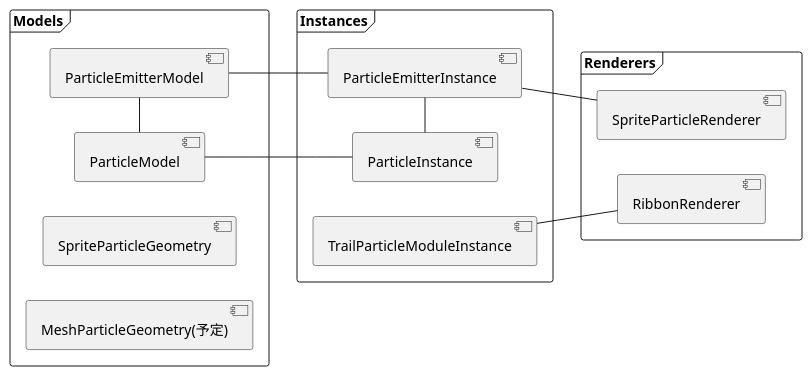
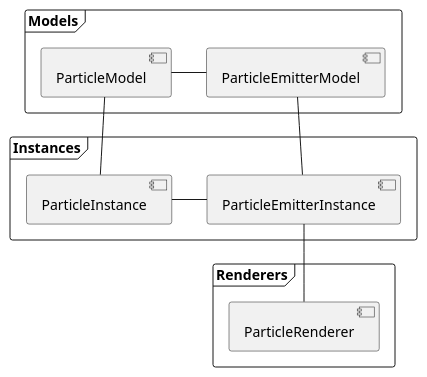
The diagram in src/LuminoEngine/src/Effect/README.md (LuminoEngine/Lumino), drawn with PlantUML before and after one commit.

````diff
--- a/src/LuminoEngine/src/Effect/README.md
+++ b/src/LuminoEngine/src/Effect/README.md
@@ -4,26 +4,19 @@
 ```plantuml
-left to right direction
-
 frame "Models" {
     [ParticleModel]
     [ParticleEmitterModel]
-    [SpriteParticleGeometry]
-    [MeshParticleGeometry(予定)]
 }
 frame "Instances" {
     [ParticleEmitterInstance]
     [ParticleInstance]
-    [TrailParticleModuleInstance]
 }
 frame "Renderers" {
-    [SpriteParticleRenderer]
-    [RibbonRenderer]
+    [ParticleRenderer]
 }
 
 [ParticleModel] - [ParticleEmitterModel]
 [ParticleEmitterModel] -- [ParticleEmitterInstance]
 [ParticleModel] -- [ParticleInstance]
 [ParticleInstance] - [ParticleEmitterInstance]
-[ParticleEmitterInstance] -- [SpriteParticleRenderer]
-[TrailParticleModuleInstance] -- [RibbonRenderer]
+[ParticleEmitterInstance] -- [ParticleRenderer]
 ```
````
